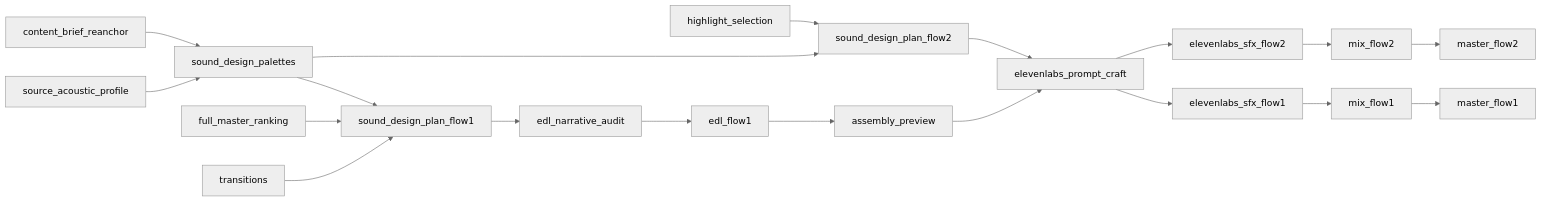
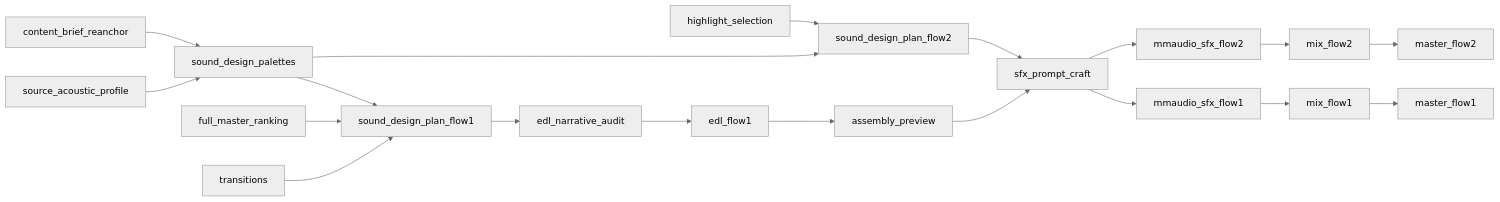
One commit to NicketUttarwar/interview_helper_mux changed the sixth of 6 diagrams in docs/logic-tree.md. Above: the diagram before and after it, drawn with Mermaid (neutral theme). The commit also changed other lines of this file and 253 other files, not shown here.

````diff
--- a/docs/logic-tree.md
+++ b/docs/logic-tree.md
@@ -343,21 +343,21 @@
 ```mermaid
 flowchart LR
     SAP[source_acoustic_profile] --> PAL[sound_design_palettes]
     BRIEF[content_brief_reanchor] --> PAL
     PAL --> PLAN1[sound_design_plan_flow1]
     PAL --> PLAN2[sound_design_plan_flow2]
     RANK[full_master_ranking] --> PLAN1
     TRANS[transitions] --> PLAN1
     HL[highlight_selection] --> PLAN2
     PLAN1 --> AUDIT[edl_narrative_audit]
     AUDIT --> EDL[edl_flow1]
     EDL --> PREV[assembly_preview]
-    PREV --> CRAFT[elevenlabs_prompt_craft]
+    PREV --> CRAFT[sfx_prompt_craft]
     PLAN2 --> CRAFT
-    CRAFT --> GEN1[elevenlabs_sfx_flow1]
-    CRAFT --> GEN2[elevenlabs_sfx_flow2]
+    CRAFT --> GEN1[mmaudio_sfx_flow1]
+    CRAFT --> GEN2[mmaudio_sfx_flow2]
     GEN1 --> MIX1[mix_flow1]
     GEN2 --> MIX2[mix_flow2]
     MIX1 --> MAST1[master_flow1]
     MIX2 --> MAST2[master_flow2]
 ```
````
